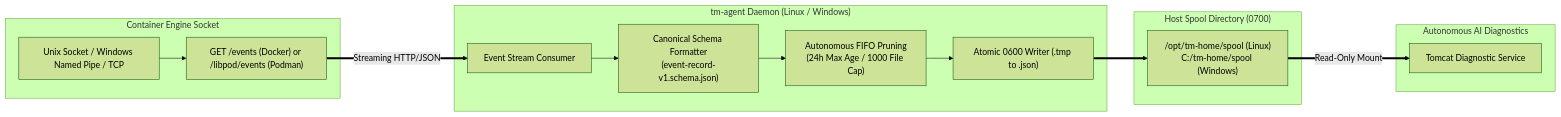
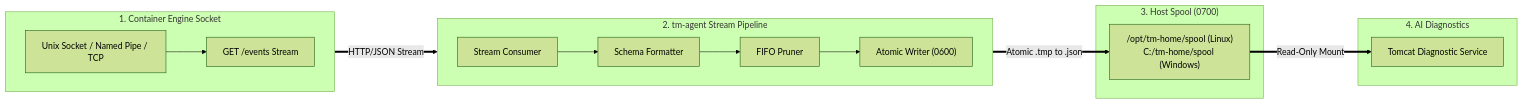
Before and after one commit to edkas07-oss/tm-agent: the diagram in README.md, drawn with Mermaid (forest theme).

Commit message:
docs: adjust Mermaid architecture diagram to clean horizontal pipeline flow

````diff
--- a/README.md
+++ b/README.md
@@ -53,23 +53,24 @@
 ```mermaid
 flowchart LR
-    subgraph ENGINE["Container Engine Socket"]
-        SOCK["Unix Socket / Windows Named Pipe / TCP"]
-        STREAM["GET /events (Docker) or /libpod/events (Podman)"]
-        SOCK --> STREAM
+    subgraph ENGINE["1. Container Engine Socket"]
+        direction LR
+        SOCK["Unix Socket / Named Pipe / TCP"] --> STREAM["GET /events Stream"]
     end
 
-    subgraph AGENT["tm-agent Daemon (Linux / Windows)"]
-        STREAM ==>|Streaming HTTP/JSON| LISTENER["Event Stream Consumer"]
-        LISTENER --> FORMATTER["Canonical Schema Formatter<br/>(event-record-v1.schema.json)"]
-        FORMATTER --> PRUNER["Autonomous FIFO Pruning<br/>(24h Max Age / 1000 File Cap)"]
-        PRUNER --> WRITER["Atomic 0600 Writer (.tmp to .json)"]
+    subgraph AGENT["2. tm-agent Stream Pipeline"]
+        direction LR
+        LISTENER["Stream Consumer"] --> FORMATTER["Schema Formatter"] --> PRUNER["FIFO Pruner"] --> WRITER["Atomic Writer (0600)"]
     end
 
-    subgraph SPOOL["Host Spool Directory (0700)"]
-        WRITER ==> SPOOL_DIR["/opt/tm-home/spool (Linux)<br/>C:/tm-home/spool (Windows)"]
+    subgraph SPOOL["3. Host Spool (0700)"]
+        SPOOL_DIR["/opt/tm-home/spool (Linux)<br/>C:/tm-home/spool (Windows)"]
     end
 
-    subgraph CONSUMER["Autonomous AI Diagnostics"]
-        SPOOL_DIR ==>|Read-Only Mount| DS["Tomcat Diagnostic Service"]
+    subgraph CONSUMER["4. AI Diagnostics"]
+        DS["Tomcat Diagnostic Service"]
     end
+
+    STREAM ==>|HTTP/JSON Stream| LISTENER
+    WRITER ==>|Atomic .tmp to .json| SPOOL_DIR
+    SPOOL_DIR ==>|Read-Only Mount| DS
 ```
````
